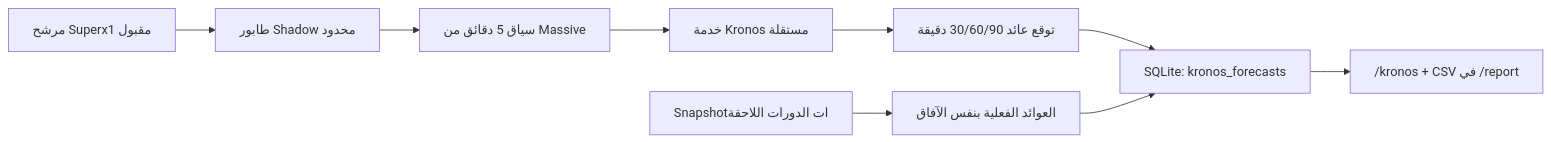
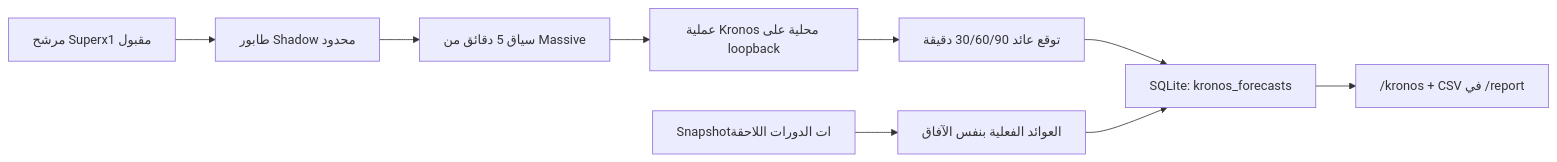
The diagram in KRONOS_INTEGRATION.md (sam72x1/Superx1), drawn with Mermaid before and after one commit. The commit also changed other lines of this file and 14 other files, not shown here.

````diff
--- a/KRONOS_INTEGRATION.md
+++ b/KRONOS_INTEGRATION.md
@@ -9,11 +9,11 @@
 ```mermaid
 flowchart LR
     A["مرشح Superx1 مقبول"] --> B["طابور Shadow محدود"]
     B --> C["سياق 5 دقائق من Massive"]
-    C --> D["خدمة Kronos مستقلة"]
+    C --> D["عملية Kronos محلية على loopback"]
     D --> E["توقع عائد 30/60/90 دقيقة"]
     E --> F["SQLite: kronos_forecasts"]
     G["Snapshotات الدورات اللاحقة"] --> H["العوائد الفعلية بنفس الآفاق"]
     H --> F
     F --> I["/kronos + CSV في /report"]
 ```
````
